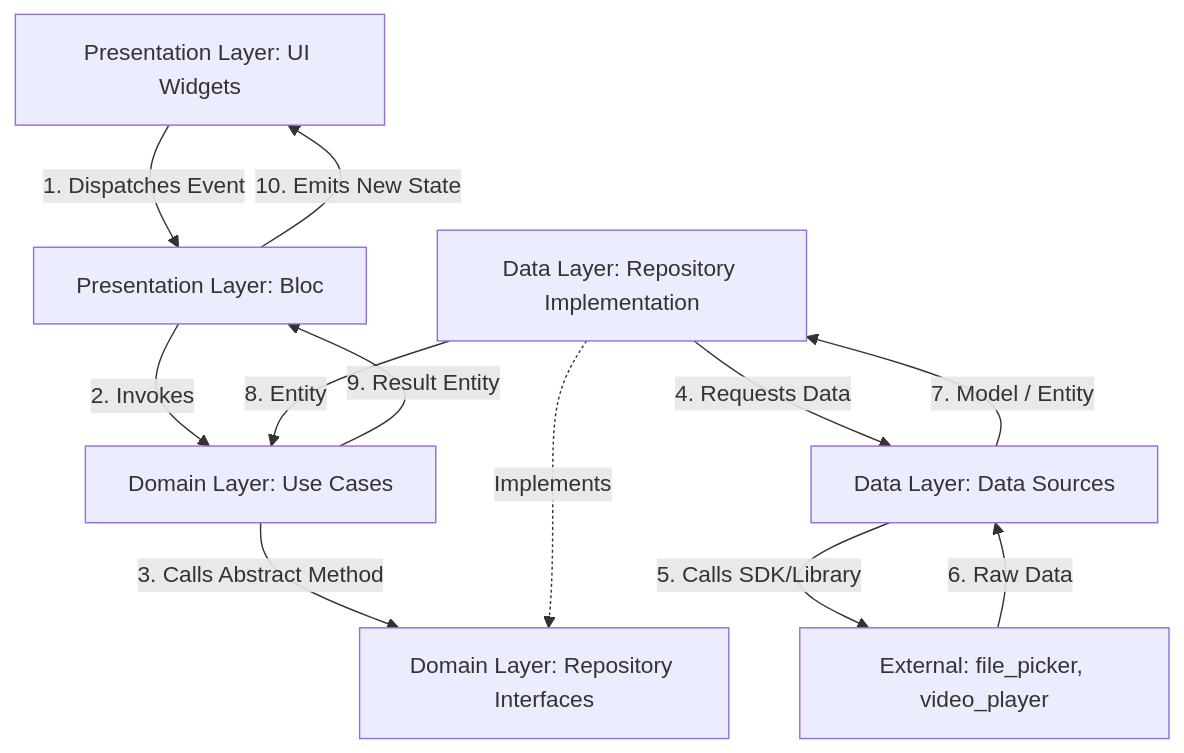
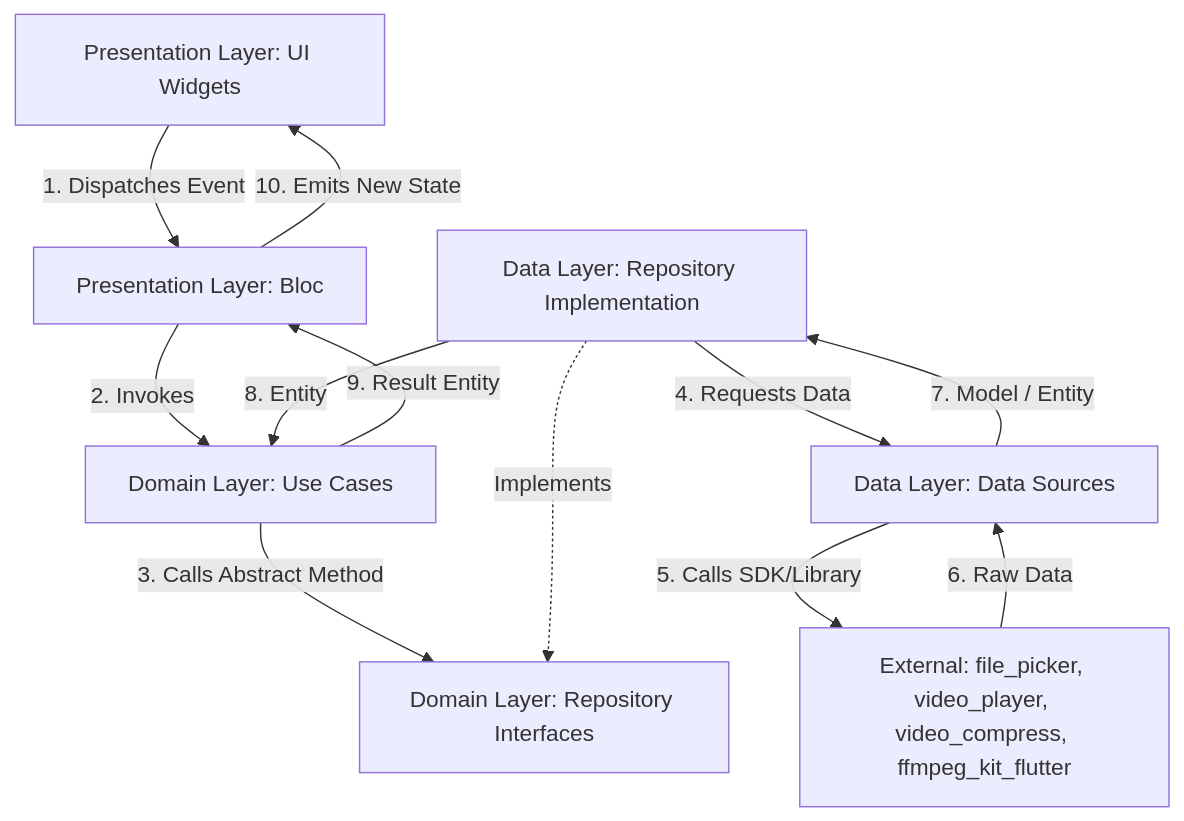
Before and after one commit to carlostic26/robot_compresor_video: the diagram in docs/ARCHITECTURE.md, drawn with Mermaid. The commit also changed 3 other files, not shown here.

````diff
--- a/docs/ARCHITECTURE.md
+++ b/docs/ARCHITECTURE.md
@@ -52,16 +52,16 @@
 ```mermaid
 graph TD
     UI[Presentation Layer: UI Widgets] -->|1. Dispatches Event| Bloc[Presentation Layer: Bloc]
     Bloc -->|2. Invokes| UseCase[Domain Layer: Use Cases]
     UseCase -->|3. Calls Abstract Method| RepoInterface[Domain Layer: Repository Interfaces]
     RepoImpl[Data Layer: Repository Implementation] -.->|Implements| RepoInterface
     RepoImpl -->|4. Requests Data| DataSource[Data Layer: Data Sources]
-    DataSource -->|5. Calls SDK/Library| External[External: file_picker, video_player]
+    DataSource -->|5. Calls SDK/Library| External[External: file_picker, video_player, video_compress, ffmpeg_kit_flutter]
     
     %% Return flow
     External -->|6. Raw Data| DataSource
     DataSource -->|7. Model / Entity| RepoImpl
     RepoImpl -->|8. Entity| UseCase
     UseCase -->|9. Result Entity| Bloc
     Bloc -->|10. Emits New State| UI
 ```
````
